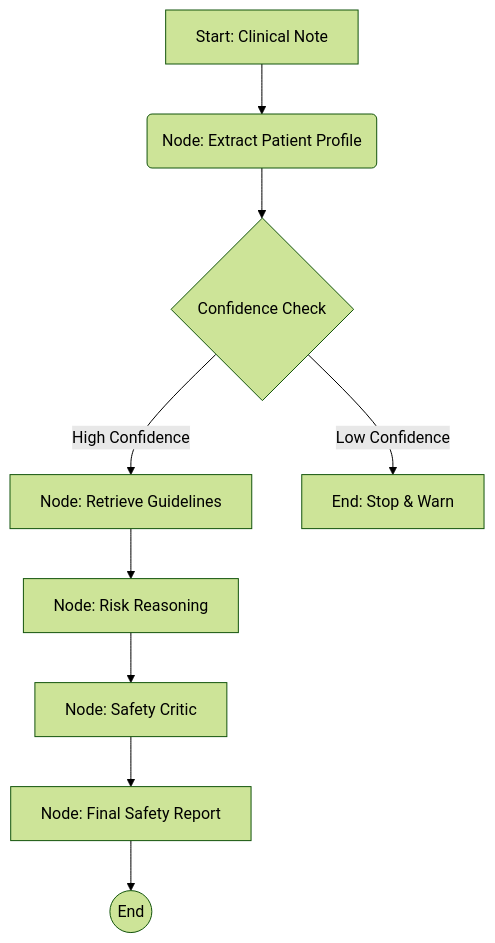
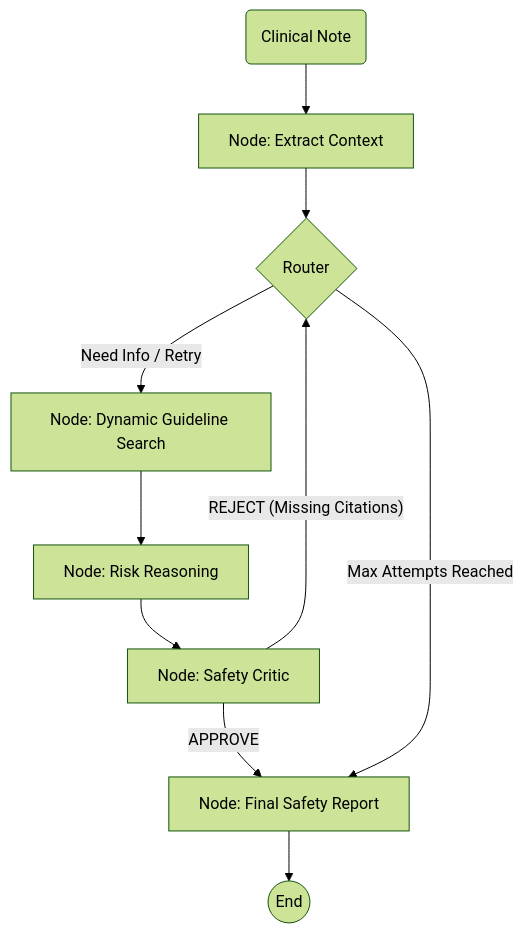
One commit to CodeNeuron58/RxGuard changed the diagram in README.md. Above: the diagram before and after it, drawn with Mermaid (forest theme). The commit also changed other lines of this file and 1 other file, not shown here.

````diff
--- a/README.md
+++ b/README.md
@@ -23,11 +25,15 @@
 ```mermaid
 graph TD
-    A[Start: Clinical Note] --> B(Node: Extract Patient Profile)
-    B --> C{Confidence Check}
-    C -- High Confidence --> D[Node: Retrieve Guidelines]
-    C -- Low Confidence --> E[End: Stop & Warn]
-    D --> F[Node: Risk Reasoning]
-    F --> G[Node: Safety Critic]
-    G --> H[Node: Final Safety Report]
-    H --> I((End))
+    Start(Clinical Note) --> Extract[Node: Extract Context]
+    Extract --> Router{Router}
+    
+    Router -- "Need Info / Retry" --> Retrieve[Node: Dynamic Guideline Search]
+    Retrieve --> Reason[Node: Risk Reasoning]
+    Reason --> Critic[Node: Safety Critic]
+    
+    Critic -- "REJECT (Missing Citations)" --> Router
+    Critic -- "APPROVE" --> Report[Node: Final Safety Report]
+    
+    Router -- "Max Attempts Reached" --> Report
+    Report --> End((End))
 ```
````
